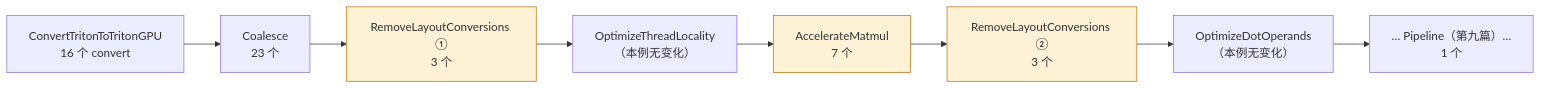
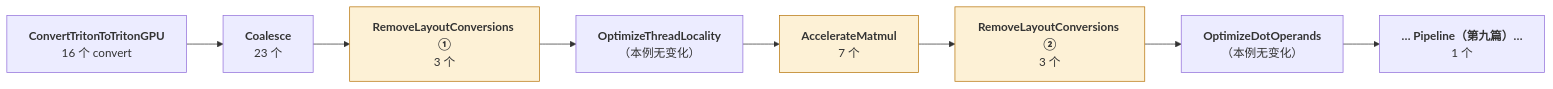
One commit to arganzheng/arganzheng.github.com changed the first of 2 diagrams in _posts/2026-11-29-triton-compiler-layout-optimization-and-tensor-cores.md. Above: the diagram before and after it, drawn with Mermaid. The commit also changed 8 other files, not shown here.

First line of the commit message:
ML 编译器内部：从 SSA、MLIR 到 Triton 编译器：Mermaid 多行方框的首行标为标题（9 篇）

````diff
--- a/_posts/2026-11-29-triton-compiler-layout-optimization-and-tensor-cores.md
+++ b/_posts/2026-11-29-triton-compiler-layout-optimization-and-tensor-cores.md
@@ -22,16 +22,16 @@
 ```mermaid
 %% 图：make_ttgir 里 layout 相关 pass 的实际顺序，以 convert_layout 数量为刻度：16 → 23 → 3 → 7 → 3 → 1
 flowchart LR
-    c0["ConvertTritonToTritonGPU<br/>16 个 convert"]
-    c1["Coalesce<br/>23 个"]
-    c2["RemoveLayoutConversions ①<br/>3 个"]
-    c3["OptimizeThreadLocality<br/>（本例无变化）"]
-    c4["AccelerateMatmul<br/>7 个"]
-    c5["RemoveLayoutConversions ②<br/>3 个"]
-    c6["OptimizeDotOperands<br/>（本例无变化）"]
-    c7["… Pipeline（第九篇）…<br/>1 个"]
+    c0["<b>ConvertTritonToTritonGPU</b><br/>16 个 convert"]
+    c1["<b>Coalesce</b><br/>23 个"]
+    c2["<b>RemoveLayoutConversions ①</b><br/>3 个"]
+    c3["<b>OptimizeThreadLocality</b><br/>（本例无变化）"]
+    c4["<b>AccelerateMatmul</b><br/>7 个"]
+    c5["<b>RemoveLayoutConversions ②</b><br/>3 个"]
+    c6["<b>OptimizeDotOperands</b><br/>（本例无变化）"]
+    c7["<b>… Pipeline（第九篇）…</b><br/>1 个"]
     c0 --> c1 --> c2 --> c3 --> c4 --> c5 --> c6 --> c7
 
     classDef hot fill:#fdf1d6,stroke:#b9770e
     class c2,c4,c5 hot
 ```
````
